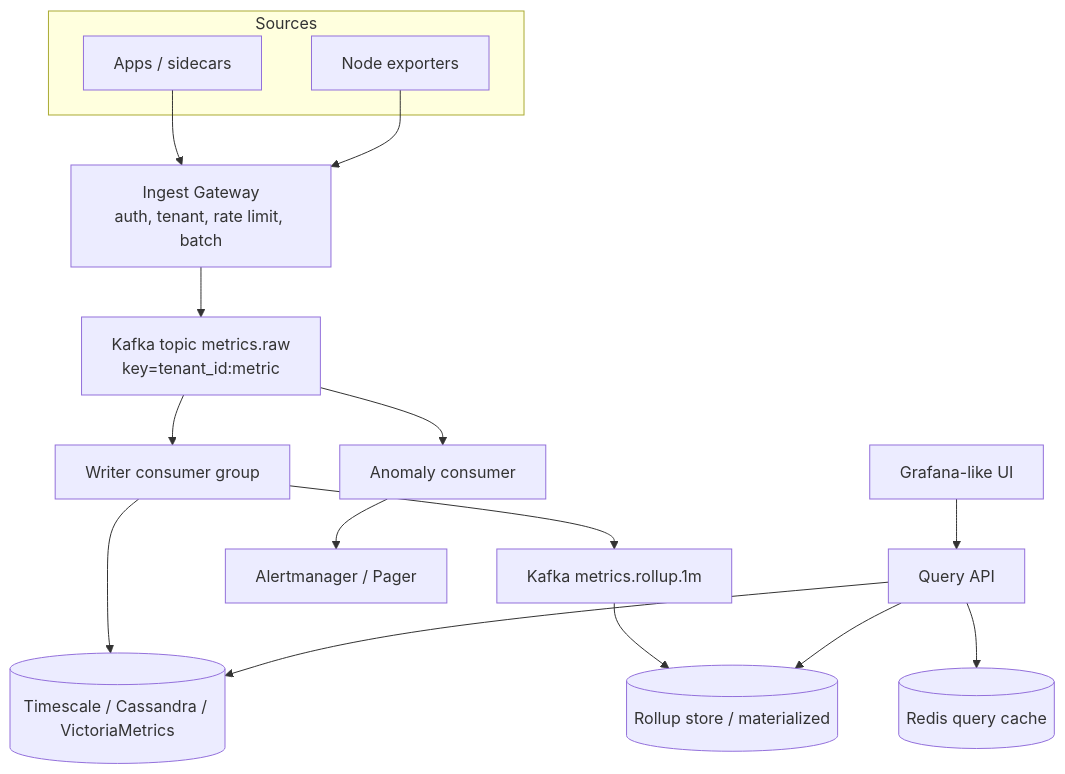
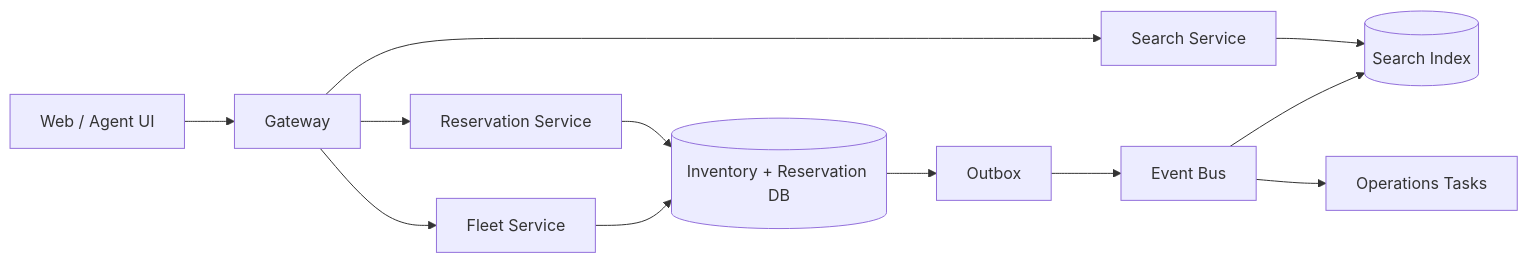
Before and after one commit to Chirumamilla1522/c3-ai: the eighth of 32 diagrams in system_design.md, drawn with Mermaid. The commit also changed other lines of this file and 1 other file, not shown here.

````diff
--- a/system_design.md
+++ b/system_design.md
@@ -924,23 +751,14 @@
 ```mermaid
-flowchart TB
-  subgraph Sources
-    App[Apps / sidecars]
-    Host[Node exporters]
-  end
-
-  App --> GW[Ingest Gateway<br/>auth, tenant, rate limit, batch]
-  Host --> GW
-  GW --> K1[Kafka topic metrics.raw<br/>key=tenant_id:metric]
-
-  K1 --> W[Writer consumer group]
-  K1 --> A[Anomaly consumer]
-  W --> TS[(Timescale / Cassandra / VictoriaMetrics)]
-  W --> K2[Kafka metrics.rollup.1m]
-  K2 --> R[(Rollup store / materialized)]
-  A --> Alert[Alertmanager / Pager]
-
-  UI[Grafana-like UI] --> Q[Query API]
-  Q --> Cache[(Redis query cache)]
-  Q --> R
-  Q --> TS
+flowchart LR
+  Web[Web / Agent UI] --> GW[Gateway]
+  GW --> Search[Search Service]
+  GW --> Reserve[Reservation Service]
+  GW --> Fleet[Fleet Service]
+  Search --> IDX[(Search Index)]
+  Reserve --> DB[(Inventory + Reservation DB)]
+  Fleet --> DB
+  DB --> O[Outbox]
+  O --> Bus[Event Bus]
+  Bus --> IDX
+  Bus --> Ops[Operations Tasks]
 ```
````
